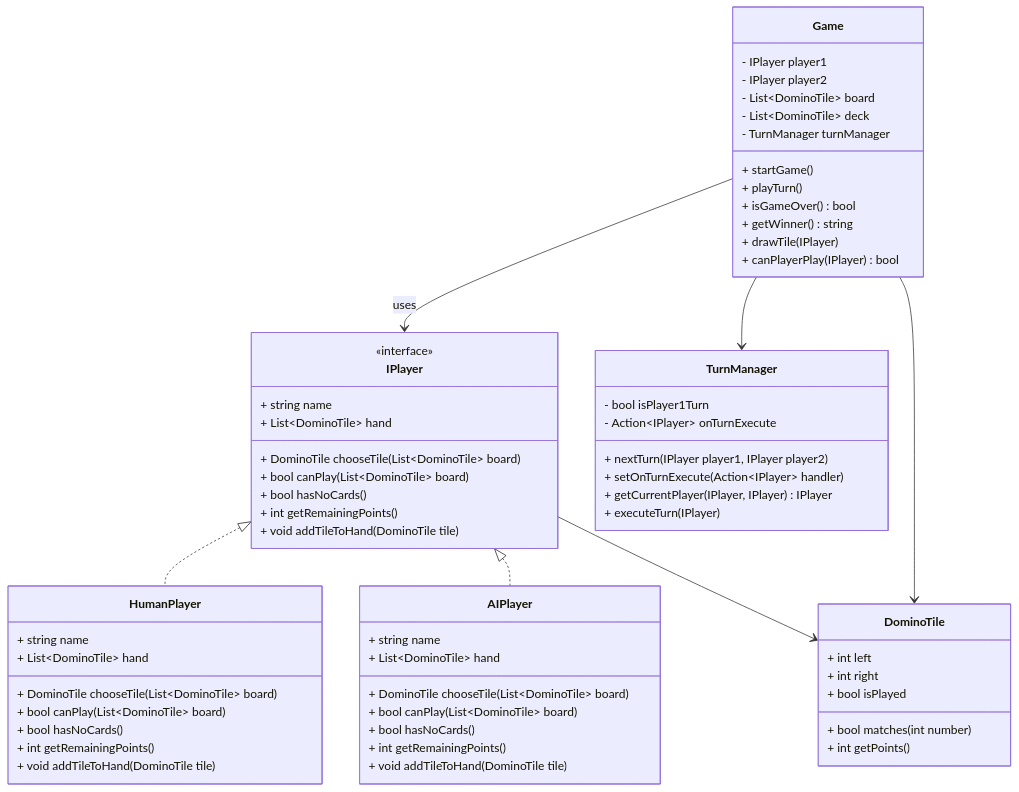
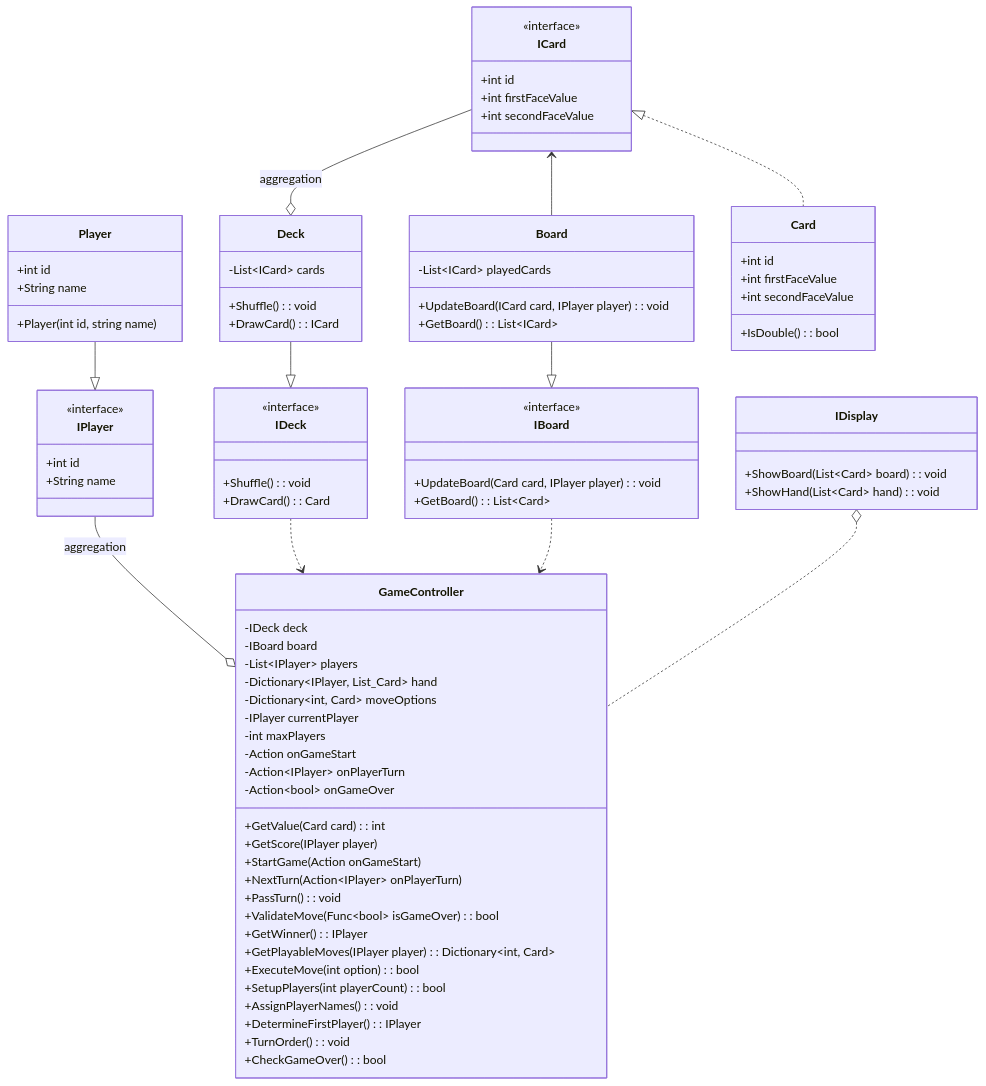
Before and after one commit to RavenFajar/bootCamp13: the diagram in Day6/DiagramClassProject/Domino.mmd, drawn with Mermaid. The commit also changed 25 other files, not shown here.

```diff
--- a/Day6/DiagramClassProject/Domino.mmd
+++ b/Day6/DiagramClassProject/Domino.mmd
@@ -1,70 +1,83 @@
 classDiagram
-
-class Game {
-    - IPlayer player1
-    - IPlayer player2
-    - List~DominoTile~ board
-    - List~DominoTile~ deck
-    - TurnManager turnManager
-    + startGame()
-    + playTurn()
-    + isGameOver() bool
-    + getWinner() string
-    + drawTile(IPlayer)
-    + canPlayerPlay(IPlayer) bool
+class IPlayer{
+    <<interface>>
+    +int id
+    +String name
 }
-
-class IPlayer {
+class Player{
+    +int id
+    +String name
+    +Player(int id, string name)
+}
+class ICard{
     <<interface>>
-    + string name
-    + List~DominoTile~ hand
-    + DominoTile chooseTile(List~DominoTile~ board)
-    + bool canPlay(List~DominoTile~ board)
-    + bool hasNoCards() 
-    + int getRemainingPoints()
-    + void addTileToHand(DominoTile tile)
+    +int id
+    +int firstFaceValue
+    +int secondFaceValue 
 }
-
-class HumanPlayer {
-    + string name
-    + List~DominoTile~ hand
-    + DominoTile chooseTile(List~DominoTile~ board)
-    + bool canPlay(List~DominoTile~ board)
-    + bool hasNoCards() 
-    + int getRemainingPoints()
-    + void addTileToHand(DominoTile tile)
+class IDisplay {
+    +ShowBoard(List~Card~ board) : void
+    +ShowHand(List~Card~ hand) : void
 }
-
-class AIPlayer {
-    + string name
-    + List~DominoTile~ hand
-    + DominoTile chooseTile(List~DominoTile~ board)
-    + bool canPlay(List~DominoTile~ board)
-    + bool hasNoCards() 
-    + int getRemainingPoints()
-    + void addTileToHand(DominoTile tile)
+class IDeck{
+    <<interface>>
+    +Shuffle() : void
+    +DrawCard() : Card
 }
-
-class DominoTile {
-    + int left
-    + int right
-    + bool isPlayed
-    + bool matches(int number)
-    + int getPoints()
+class IBoard{
+    <<interface>>
+    +UpdateBoard(Card card, IPlayer player) : void
+    +GetBoard() : List~Card~
 }
-
-class TurnManager {
-    - bool isPlayer1Turn
-    - Action~IPlayer~ onTurnExecute
-    + nextTurn(IPlayer player1, IPlayer player2)
-    + setOnTurnExecute(Action~IPlayer~ handler)
-    + getCurrentPlayer(IPlayer, IPlayer) IPlayer
-    + executeTurn(IPlayer)
+class Deck{
+    -List~ICard~ cards
+    +Shuffle() : void
+    +DrawCard() : ICard
 }
-
-Game --> TurnManager
-Game --> IPlayer : uses
-IPlayer <|.. HumanPlayer
-IPlayer <|.. AIPlayer
-IPlayer --> DominoTile
-Game --> DominoTile
+class Board{
+    -List~ICard~ playedCards
+    +UpdateBoard(ICard card, IPlayer player) : void
+    +GetBoard() : List~ICard~
+}
+class Card{
+    +int id
+    +int firstFaceValue
+    +int secondFaceValue   
+    +IsDouble() : bool
+}
+class GameController{
+    -IDeck deck
+    -IBoard board
+    -List~IPlayer~ players
+    -Dictionary~IPlayer, List_Card~ hand
+    -Dictionary~int, Card~ moveOptions
+    -IPlayer currentPlayer
+    -int maxPlayers
+    -Action onGameStart
+    -Action~IPlayer~ onPlayerTurn
+    -Action~bool~ onGameOver
+    +GetValue(Card card) : int
+    +GetScore(IPlayer player)
+    +StartGame(Action onGameStart)
+    +NextTurn(Action~IPlayer~ onPlayerTurn)
+    +PassTurn() : void
+    +ValidateMove(Func~bool~ isGameOver) : bool
+    +GetWinner() : IPlayer
+    +GetPlayableMoves(IPlayer player) : Dictionary~int, Card~
+    +ExecuteMove(int option) : bool
+    +SetupPlayers(int playerCount) : bool
+    +AssignPlayerNames() : void
+    +DetermineFirstPlayer() : IPlayer
+    +TurnOrder() : void
+    +CheckGameOver() : bool
+}
+IPlayer --o GameController : aggregation
+IDeck ..> GameController
+IBoard ..> GameController
+Deck --|> IDeck
+Board --|> IBoard
+Player --|> IPlayer
+ICard --o Deck : aggregation
+ICard <-- Board
+IDisplay o.. GameController
+ICard <|.. Card
```
